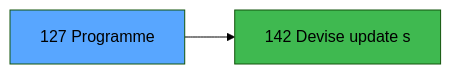
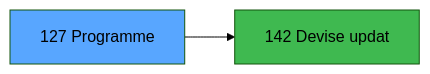
The third of 3 diagrams in .openspec/specs/ADH-IDE-127.md (thonyAGP/magic-migration), drawn with Mermaid (forest theme) before and after one commit. The commit also changed other lines of this file and 323 other files, not shown here.

````diff
--- a/.openspec/specs/ADH-IDE-127.md
+++ b/.openspec/specs/ADH-IDE-127.md
@@ -118,8 +145,8 @@
 ```mermaid
 graph LR
     T[127 Programme]
-    C142[142 Devise update s]
+    C142[142 Devise updat]
     T --> C142
     style T fill:#58a6ff,color:#000
     style C142 fill:#3fb950
 ```
````
